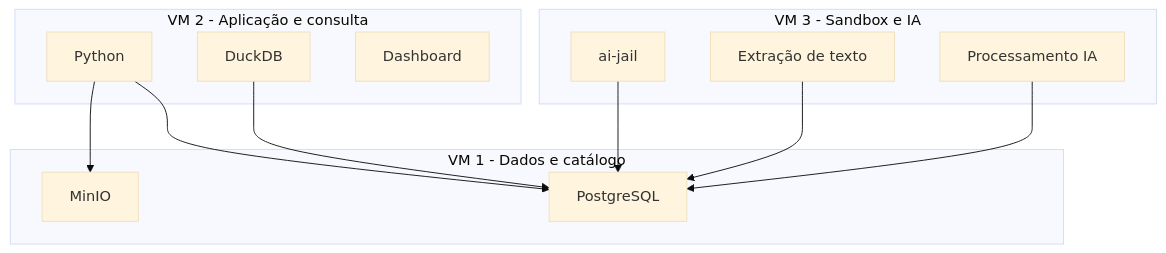
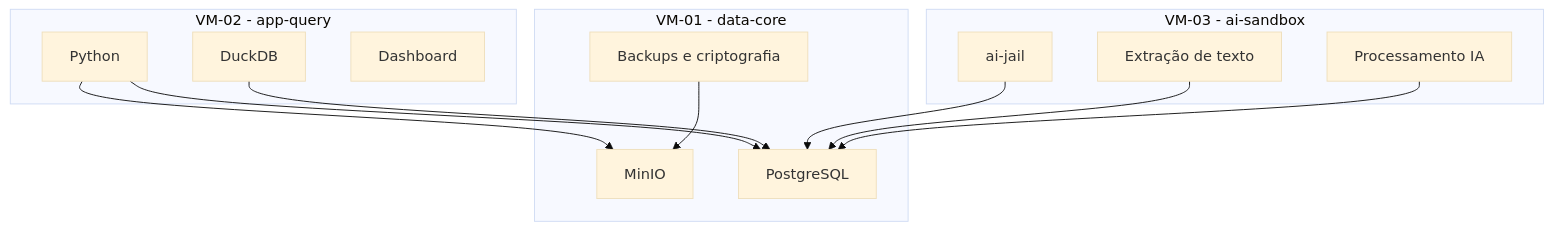
Before and after one commit to TheSeeds/datalake-doomsday: the fifth of 6 diagrams in docs/arquitetura.md, drawn with Mermaid (base theme). The commit also changed other lines of this file and 1 other file, not shown here.

````diff
--- a/docs/arquitetura.md
+++ b/docs/arquitetura.md
@@ -234,26 +234,28 @@
 ```mermaid
 flowchart TB
-    subgraph VM1[VM 1 - Dados e catálogo]
+    subgraph VM1[VM-01 - data-core]
         A1[MinIO]
         A2[PostgreSQL]
+        A3[Backups e criptografia]
     end
 
-    subgraph VM2[VM 2 - Aplicação e consulta]
+    subgraph VM2[VM-02 - app-query]
         B1[Python]
         B2[DuckDB]
         B3[Dashboard]
     end
 
-    subgraph VM3[VM 3 - Sandbox e IA]
+    subgraph VM3[VM-03 - ai-sandbox]
         C1[ai-jail]
         C2[Extração de texto]
         C3[Processamento IA]
     end
 
     B1 --> A1
     B1 --> A2
     B2 --> A2
+    A3 --> A1
     C1 --> A2
     C2 --> A2
     C3 --> A2
 ```
````
